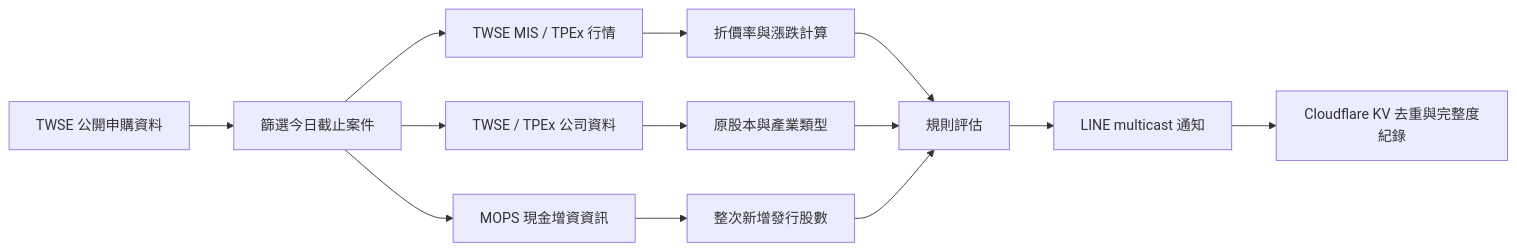
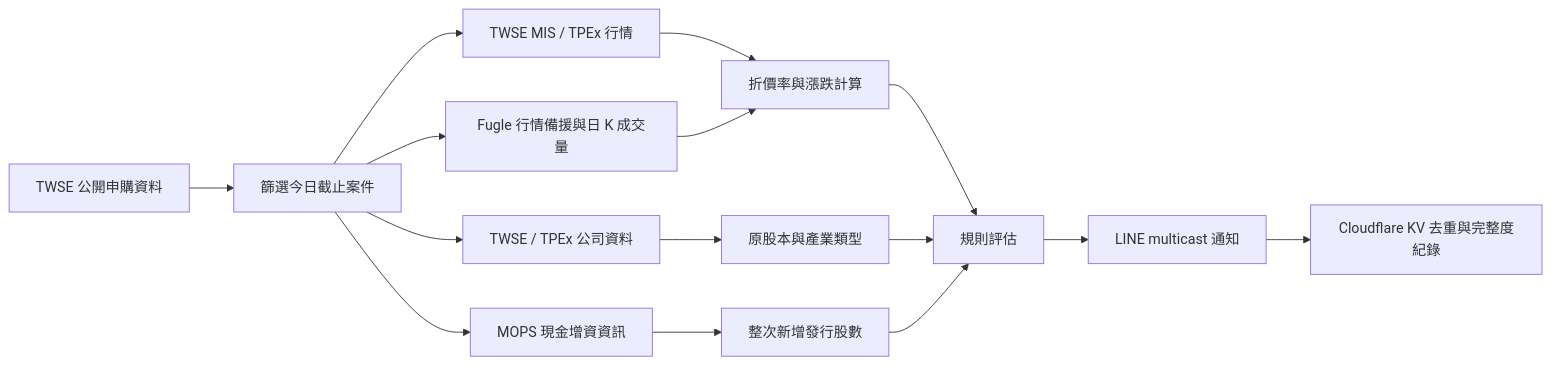
The diagram in README.md (Adam-Chung/taiwan-stock-subscription-alert-public), drawn with Mermaid before and after one commit. The commit also changed other lines of this file and 13 other files, not shown here.

````diff
--- a/README.md
+++ b/README.md
@@ -55,15 +57,17 @@
 ```mermaid
 flowchart LR
     A[TWSE 公開申購資料] --> B[篩選今日截止案件]
     B --> C[TWSE MIS / TPEx 行情]
+    B --> L[Fugle 行情備援與日 K 成交量]
     B --> D[TWSE / TPEx 公司資料]
     B --> E[MOPS 現金增資資訊]
     C --> F[折價率與漲跌計算]
+    L --> F
     D --> G[原股本與產業類型]
     E --> H[整次新增發行股數]
     F --> I[規則評估]
     G --> I
     H --> I
     I --> J[LINE multicast 通知]
     J --> K[Cloudflare KV 去重與完整度紀錄]
 ```
````
